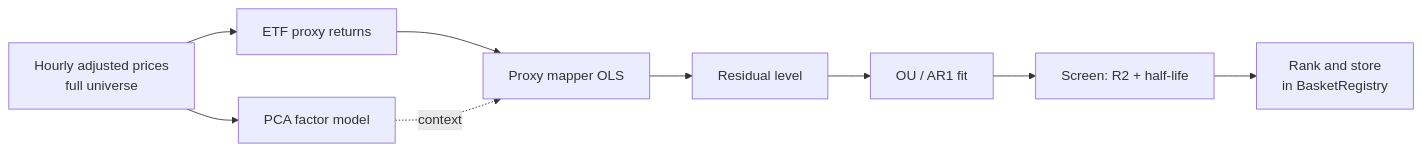
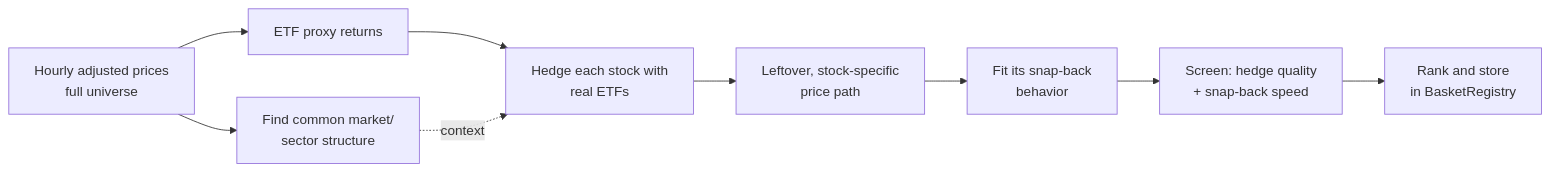
The diagram in docs/methodology.md (nishantnayar/factor-stat-arb), drawn with Mermaid before and after one commit. The commit also changed other lines of this file and 3 other files, not shown here.

````diff
--- a/docs/methodology.md
+++ b/docs/methodology.md
@@ -19,11 +32,11 @@
 ```mermaid
 flowchart LR
-    A[Hourly adjusted prices\nfull universe] --> B[PCA factor model]
+    A[Hourly adjusted prices\nfull universe] --> B[Find common market/\nsector structure]
     A --> C[ETF proxy returns]
-    C --> D[Proxy mapper OLS]
+    C --> D[Hedge each stock with\nreal ETFs]
     B -. context .-> D
-    D --> E[Residual level]
-    E --> F[OU / AR1 fit]
-    F --> G[Screen: R2 + half-life]
+    D --> E[Leftover, stock-specific\nprice path]
+    E --> F[Fit its snap-back\nbehavior]
+    F --> G[Screen: hedge quality\n+ snap-back speed]
     G --> H[Rank and store\nin BasketRegistry]
 ```
````
